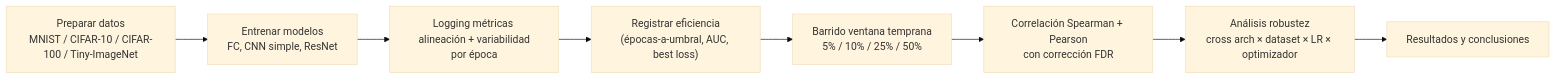
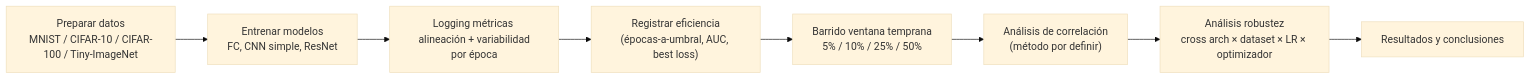
Before and after one commit to LaiqianDS/gradient-alignment: the diagram in docs/research/1 - Diseño.md, drawn with Mermaid (base theme). The commit also changed other lines of this file and 5 other files, not shown here.

````diff
--- a/docs/research/1 - Diseño.md
+++ b/docs/research/1 - Diseño.md
@@ -88,10 +88,10 @@
 ```mermaid
 flowchart LR
     A["Preparar datos\nMNIST / CIFAR-10 / CIFAR-100 / Tiny-ImageNet"] --> B["Entrenar modelos\nFC, CNN simple, ResNet"]
     B --> C["Logging métricas alineación + variabilidad\npor época"]
     C --> D["Registrar eficiencia\n(épocas-a-umbral, AUC, best loss)"]
     D --> E["Barrido ventana temprana\n5% / 10% / 25% / 50%"]
-    E --> F["Correlación Spearman + Pearson\ncon corrección FDR"]
+    E --> F["Análisis de correlación\n(método por definir)"]
     F --> G["Análisis robustez\ncross arch × dataset × LR × optimizador"]
     G --> H["Resultados y conclusiones"]
 ```
````
